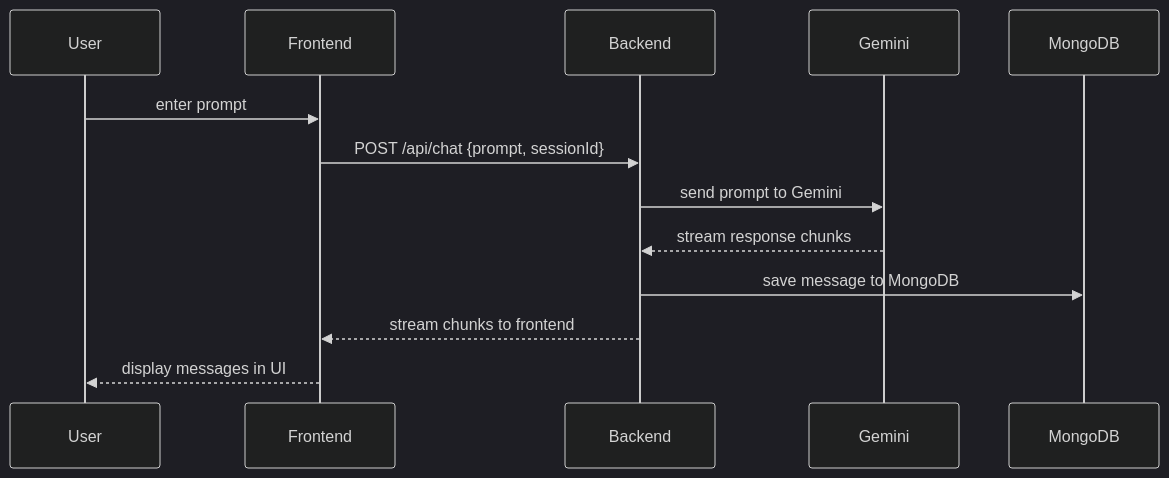
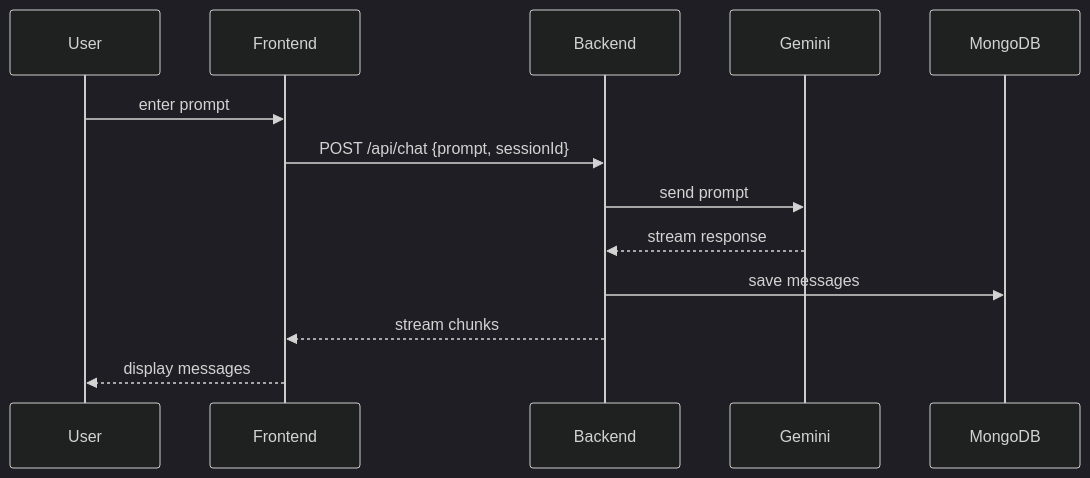
One commit to AnupamKumar-1/cogniG changed the second of 2 diagrams in README.md. Above: the diagram before and after it, drawn with Mermaid (dark theme). The commit also changed other lines of this file, not shown here.

````diff
--- a/README.md
+++ b/README.md
@@ -36,16 +45,16 @@
 ```mermaid
 sequenceDiagram
   participant U as User
   participant F as Frontend
   participant B as Backend
   participant G as Gemini
   participant M as MongoDB
 
   U->>F: enter prompt
   F->>B: POST /api/chat {prompt, sessionId}
-  B->>G: send prompt to Gemini
-  G-->>B: stream response chunks
-  B->>M: save message to MongoDB
-  B-->>F: stream chunks to frontend
-  F-->>U: display messages in UI
+  B->>G: send prompt
+  G-->>B: stream response
+  B->>M: save messages
+  B-->>F: stream chunks
+  F-->>U: display messages
 ```
````
